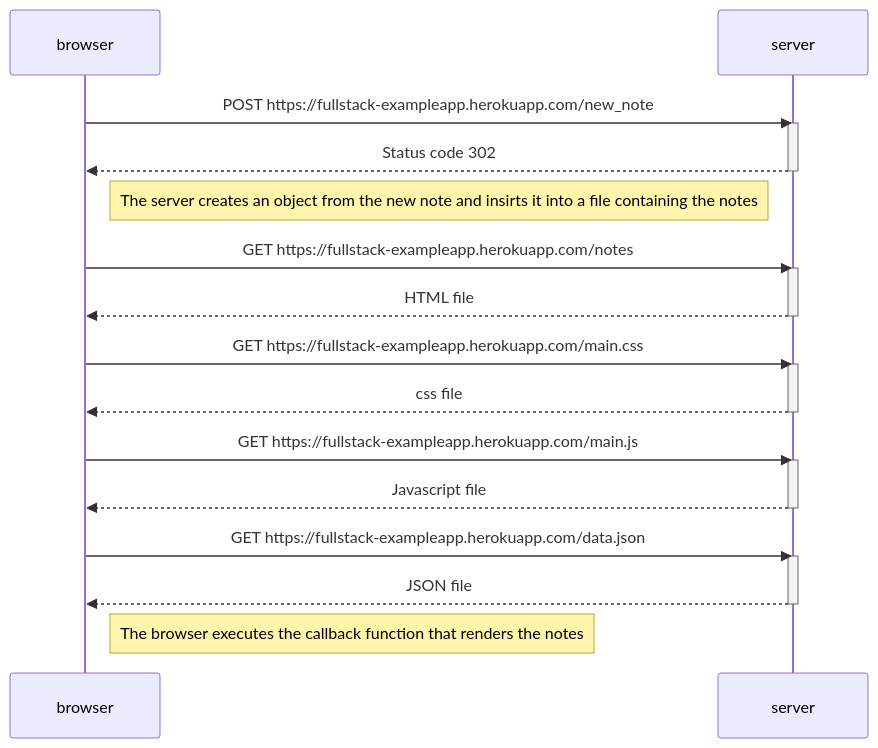
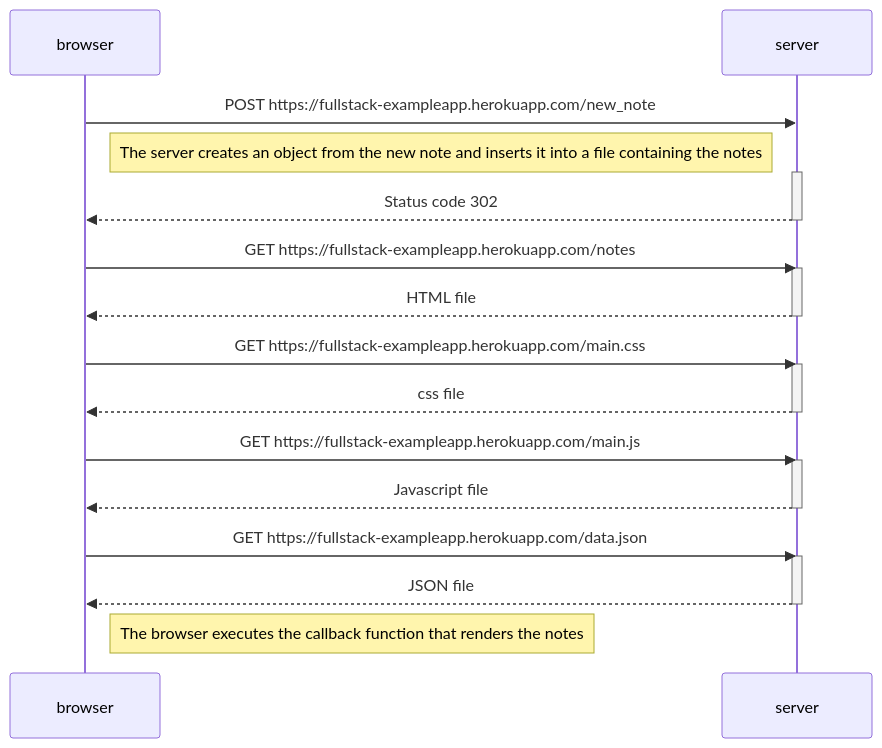
Before and after one commit to Juusozz/SequenceDiagram: the diagram in README.md, drawn with Mermaid.

````diff
--- a/README.md
+++ b/README.md
@@ -1,35 +1,35 @@
 ```mermaid
 sequenceDiagram
     participant browser
     participant server
     
     browser->>server: POST https://fullstack-exampleapp.herokuapp.com/new_note
+Note right of browser: The server creates an object from the new note and inserts it into a file containing the notes
     activate server
     server-->>browser: Status code 302
     deactivate server
 
-Note right of browser: The server creates an object from the new note and insirts it into a file containing the notes
     
     browser->>server: GET https://fullstack-exampleapp.herokuapp.com/notes
     activate server
     server-->>browser: HTML file
     deactivate server
     
     browser->>server: GET https://fullstack-exampleapp.herokuapp.com/main.css
     activate server
     server-->>browser: css file
     deactivate server
     
     browser->>server: GET https://fullstack-exampleapp.herokuapp.com/main.js
     activate server
     server-->>browser: Javascript file
     deactivate server    
 
     browser->>server: GET https://fullstack-exampleapp.herokuapp.com/data.json
     activate server
     server-->>browser: JSON file
     deactivate server   
 
     Note right of browser: The browser executes the callback function that renders the notes
 
 ```
````
